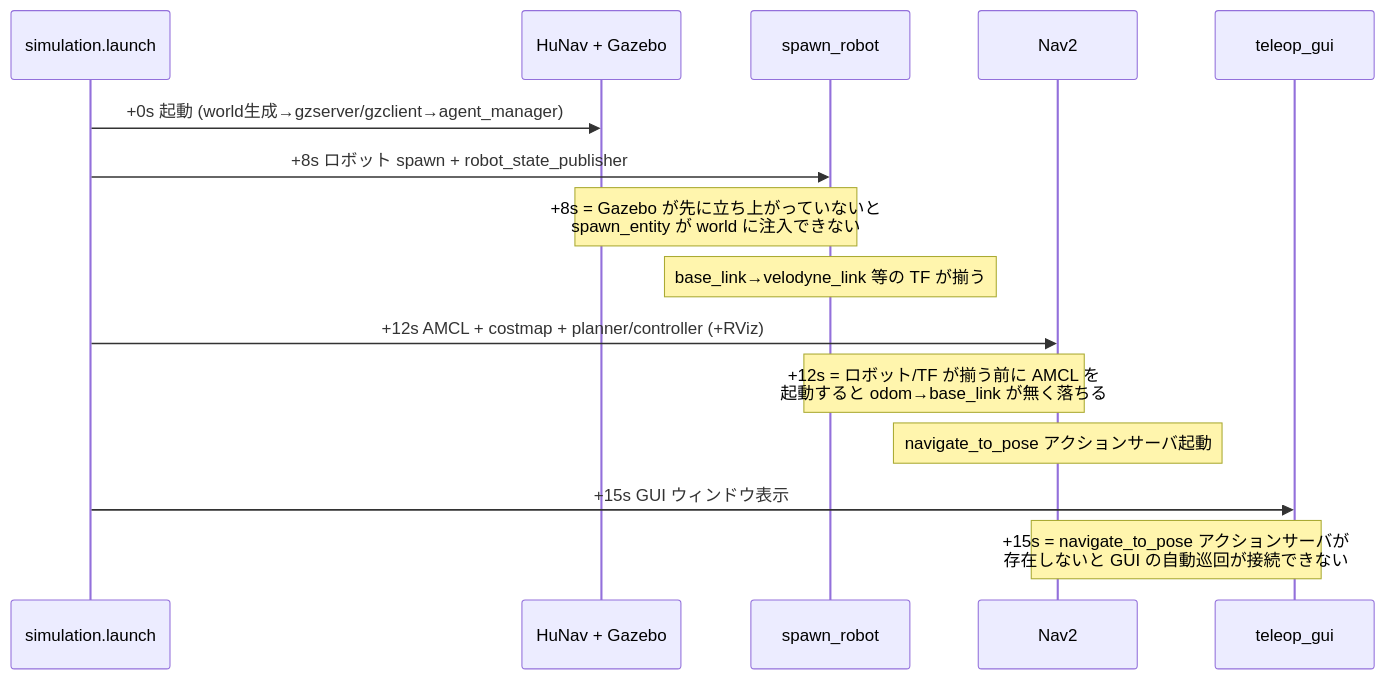
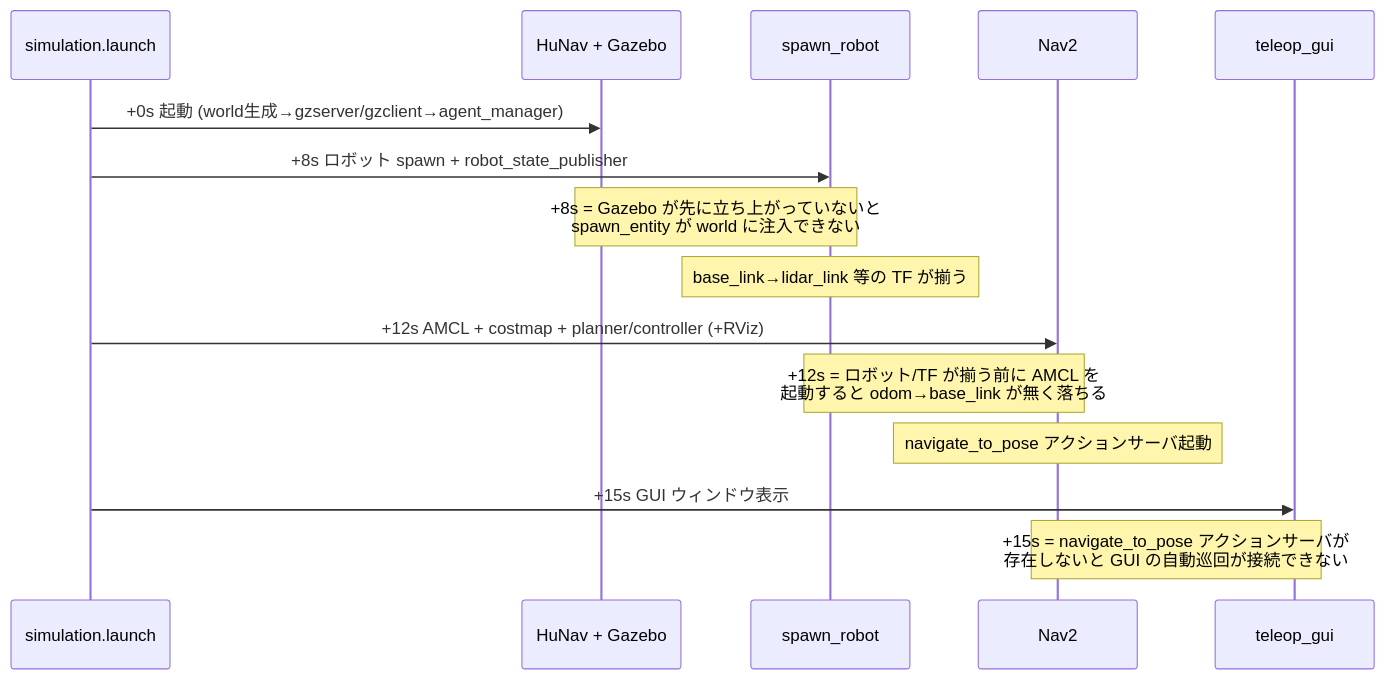
The third of 6 diagrams in docs/software_design.md (sato-susumu/susumu_object_perception), drawn with Mermaid before and after one commit. The commit also changed other lines of this file and 66 other files, not shown here.

````diff
--- a/docs/software_design.md
+++ b/docs/software_design.md
@@ -263,18 +268,18 @@
 ```mermaid
 sequenceDiagram
     participant LD as simulation.launch
     participant HN as HuNav + Gazebo
     participant RB as spawn_robot
     participant NV as Nav2
     participant GUI as teleop_gui
 
     LD->>HN: +0s 起動 (world生成→gzserver/gzclient→agent_manager)
     LD->>RB: +8s ロボット spawn + robot_state_publisher
     Note over HN,RB: +8s = Gazebo が先に立ち上がっていないと<br/>spawn_entity が world に注入できない
-    Note over RB: base_link→velodyne_link 等の TF が揃う
+    Note over RB: base_link→lidar_link 等の TF が揃う
     LD->>NV: +12s AMCL + costmap + planner/controller (+RViz)
     Note over RB,NV: +12s = ロボット/TF が揃う前に AMCL を<br/>起動すると odom→base_link が無く落ちる
     Note over NV: navigate_to_pose アクションサーバ起動
     LD->>GUI: +15s GUI ウィンドウ表示
     Note over NV,GUI: +15s = navigate_to_pose アクションサーバが<br/>存在しないと GUI の自動巡回が接続できない
 ```
````
